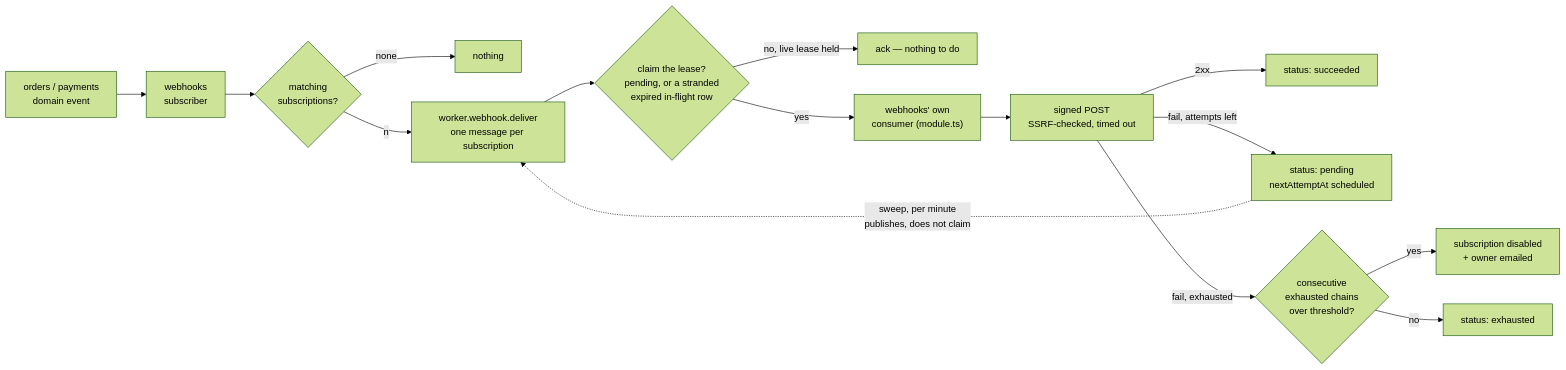
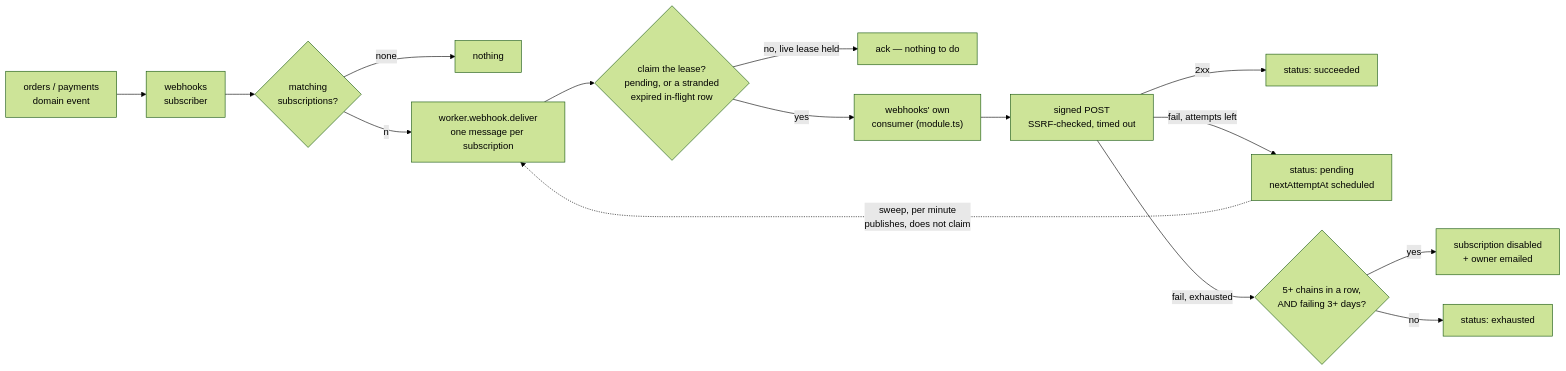
One commit to Guebbit/boilerplate-node-backend changed the third of 3 diagrams in docs/modules/webhooks.md. Above: the diagram before and after it, drawn with Mermaid (forest theme). The commit also changed other lines of this file and 31 other files, not shown here.

````diff
--- a/docs/modules/webhooks.md
+++ b/docs/modules/webhooks.md
@@ -99,17 +99,17 @@
 ```mermaid
 flowchart LR
     SVC["orders / payments<br/>domain event"] --> PUB["webhooks<br/>subscriber"]
     PUB --> MATCH{"matching<br/>subscriptions?"}
     MATCH -->|none| DROP["nothing"]
     MATCH -->|n| Q["worker.webhook.deliver<br/>one message per subscription"]
     Q --> CLAIM{"claim the lease?<br/>pending, or a stranded<br/>expired in-flight row"}
     CLAIM -->|no, live lease held| ACK["ack — nothing to do"]
     CLAIM -->|yes| W["webhooks' own<br/>consumer (module.ts)"]
     W --> HTTP["signed POST<br/>SSRF-checked, timed out"]
     HTTP -->|2xx| OK["status: succeeded"]
     HTTP -->|fail, attempts left| BACK["status: pending<br/>nextAttemptAt scheduled"]
-    HTTP -->|fail, exhausted| DIS{"consecutive<br/>exhausted chains<br/>over threshold?"}
+    HTTP -->|fail, exhausted| DIS{"5+ chains in a row,<br/>AND failing 3+ days?"}
     DIS -->|yes| OFF["subscription disabled<br/>+ owner emailed"]
     DIS -->|no| DONE["status: exhausted"]
     BACK -.->|sweep, per minute<br/>publishes, does not claim| Q
 ```
````
